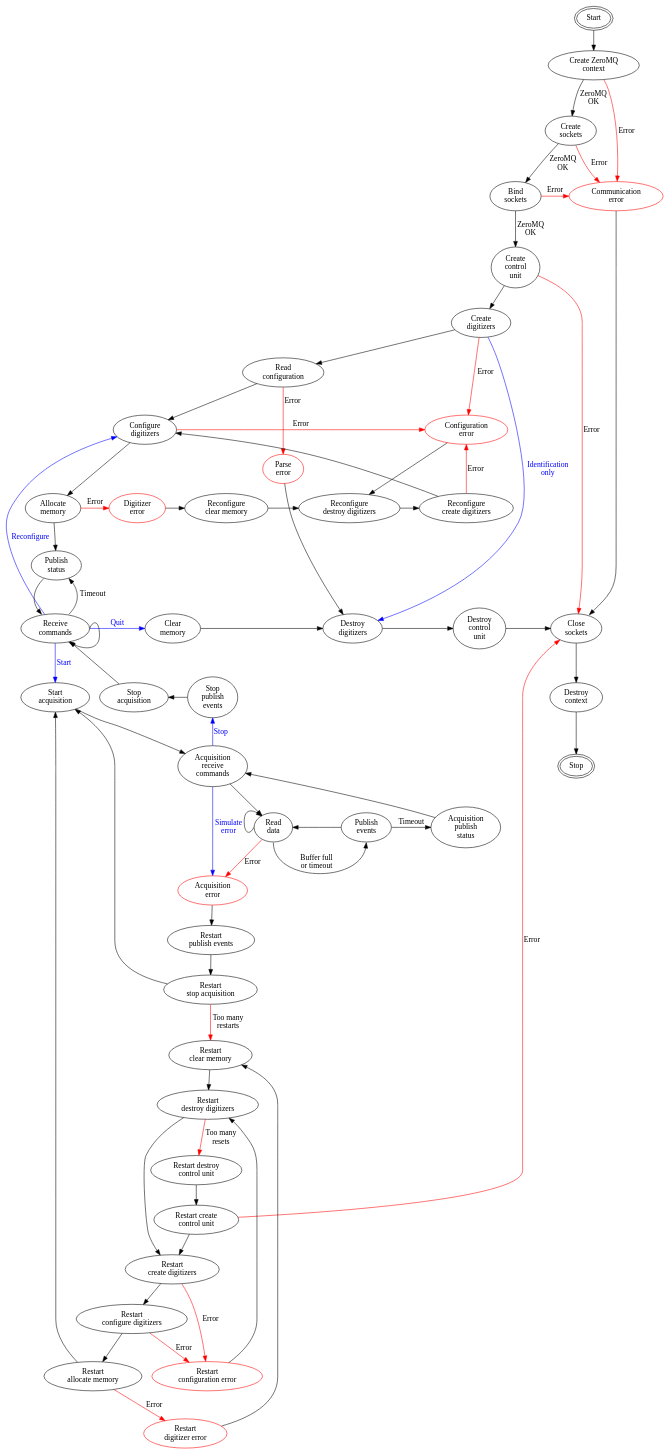
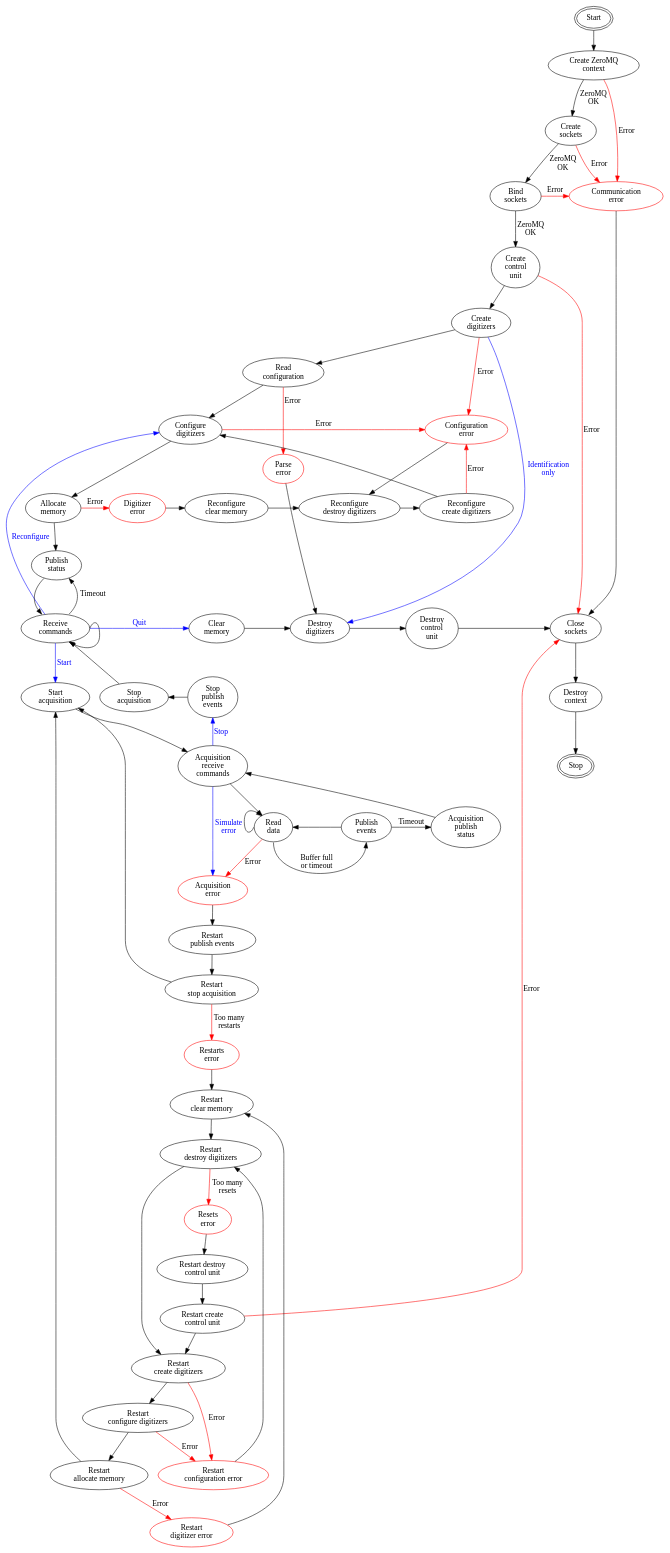
The diagram in doc/absp.dot (ec-jrc/abcd), drawn with Graphviz before and after one commit. The commit also changed 1 other file, not shown here.

```diff
--- a/doc/absp.dot
+++ b/doc/absp.dot
@@ -1,140 +1,144 @@
 digraph D {
     node [fontname = "Linux Biolinum"];
     edge [fontname = "Linux Biolinum"];
 
     start [label = "Start", peripheries = 2];
     create_context [label = "Create ZeroMQ\ncontext"];
     create_sockets [label = "Create\nsockets"];
     bind_sockets [label = "Bind\nsockets"];
     create_control_unit [label = "Create\ncontrol\nunit"];
     read_config [label = "Read\nconfiguration"];
     create_digitizer [label = "Create\ndigitizers"];
     configure_digitizer [label = "Configure\ndigitizers"];
     allocate_memory [label = "Allocate\nmemory"];
     reconfigure_create_digitizer [label = "Reconfigure\ncreate digitizers"];
     reconfigure_clear_memory [label = "Reconfigure\nclear memory"];
     reconfigure_destroy_digitizer [label = "Reconfigure\ndestroy digitizers"];
 
     receive_commands [label = "Receive\ncommands"];
     publish_status [label = "Publish\nstatus"];
     start_acquisition [label = "Start\nacquisition"];
     stop_acquisition [label = "Stop\nacquisition"];
 
     acquisition_receive_commands [label = "Acquisition\nreceive\ncommands"];
     read_data [label = "Read\ndata"];
     publish_events [label = "Publish\nevents"];
     acquisition_publish_status [label = "Acquisition\npublish\nstatus"];
     stop_publish_events [label = "Stop\npublish\nevents"];
 
     restart_publish_events [label = "Restart\npublish events"];
     restart_stop_acquisition [label = "Restart\nstop acquisition"];
     restart_clear_memory [label = "Restart\nclear memory"];
     restart_destroy_digitizer [label = "Restart\ndestroy digitizers"];
     restart_destroy_control_unit [label = "Restart destroy\ncontrol unit"];
     restart_create_control_unit [label = "Restart create\ncontrol unit"];
     restart_create_digitizer [label = "Restart\ncreate digitizers"];
     restart_configure_digitizer [label = "Restart\nconfigure digitizers"];
     restart_allocate_memory [label = "Restart\nallocate memory"];
 
     clear_memory [label = "Clear\nmemory"];
     destroy_digitizer [label = "Destroy\ndigitizers"];
     destroy_control_unit [label = "Destroy\ncontrol\nunit"];
     close_sockets [label = "Close\nsockets"];
     destroy_context [label = "Destroy\ncontext"];
     stop [label = "Stop", peripheries = 2];
 
     communication_error [label = "Communication\nerror", color = "red"];
     parse_error [label = "Parse\nerror", color = "red"];
     digitizer_error [label = "Digitizer\nerror", color = "red"];
     configure_error [label = "Configuration\nerror", color = "red"];
     acquisition_error [label = "Acquisition\nerror", color = "red"];
     restart_configure_error [label = "Restart\nconfiguration error", color = "red"];
     restart_digitizer_error [label = "Restart\ndigitizer error", color = "red"];
+    restarts_error [label = "Restarts\nerror", color = "red"];
+    resets_error [label = "Resets\nerror", color = "red"];
 
     {rank = "source"; start}
     {rank = "same"; bind_sockets communication_error}
     {rank = "same"; configure_digitizer configure_error}
     {rank = "same"; allocate_memory digitizer_error reconfigure_clear_memory reconfigure_destroy_digitizer reconfigure_create_digitizer}
     {rank = "same"; publish_status}
     {rank = "same"; receive_commands clear_memory destroy_digitizer destroy_control_unit close_sockets}
     {rank = "same"; start_acquisition stop_acquisition stop_publish_events}
     {rank = "same"; read_data publish_events acquisition_publish_status}
 
     start -> create_context;
     create_context -> create_sockets [label = "ZeroMQ\nOK"];
     create_sockets -> bind_sockets [label = "ZeroMQ\nOK"];
     bind_sockets -> create_control_unit [label = "ZeroMQ\nOK"];
     create_control_unit -> create_digitizer;
     create_digitizer -> destroy_digitizer [label = "Identification\nonly", color = "blue", fontcolor = "blue"];
     create_digitizer -> read_config;
     read_config -> configure_digitizer;
     configure_digitizer -> allocate_memory;
     allocate_memory -> publish_status;
     reconfigure_clear_memory -> reconfigure_destroy_digitizer;
     reconfigure_destroy_digitizer -> reconfigure_create_digitizer;
     reconfigure_create_digitizer -> configure_digitizer;
     publish_status -> receive_commands [tailport = "sw", headport = "nw"];
     receive_commands -> receive_commands [tailport = "e", headport = "se"];
     receive_commands -> publish_status [label = "Timeout", tailport = "ne", headport = "se"];
     receive_commands -> start_acquisition [label = "Start", color = "blue", fontcolor = "blue"];
     receive_commands -> configure_digitizer [label = "Reconfigure", color = "blue", fontcolor = "blue"];
     receive_commands -> clear_memory [label = "Quit", color = "blue", fontcolor = "blue"];
     start_acquisition -> acquisition_receive_commands;
     acquisition_receive_commands -> read_data;
     acquisition_receive_commands -> stop_publish_events [label = "Stop", color = "blue", weight=8, fontcolor = "blue"];
     acquisition_receive_commands -> acquisition_error [label = "Simulate\nerror", color = "blue", weight=8, fontcolor = "blue"];
     //acquisition_receive_commands -> read_data [tailport = "se", headport = "ne"];
     //acquisition_receive_commands -> poll_digitizer [tailport = "se", headport = "ne"];
     //poll_digitizer -> read_data [label = "Event(s)\navailable"];
     read_data -> publish_events [label = "Buffer full\nor timeout", tailport = "s", headport = "s"];
     read_data -> read_data [tailport = "w", headport = "nw"];
     read_data -> acquisition_error [label = "Error", color = "red"];
     publish_events -> read_data;
     publish_events -> acquisition_publish_status [label = "Timeout"];
     acquisition_publish_status -> acquisition_receive_commands;
     //poll_digitizer -> acquisition_publish_status [label = "No events\navailable"];
     stop_publish_events -> stop_acquisition [weight=8];
     stop_acquisition -> receive_commands;
 
     clear_memory -> destroy_digitizer;
 
     create_context -> communication_error [label = "Error", color = "red"];
     create_sockets -> communication_error [label = "Error", color = "red"];
     bind_sockets -> communication_error [label = "Error", color = "red"];
     communication_error -> close_sockets [headport = "ne"];
     create_control_unit -> close_sockets [label = "Error", color = "red"];
     restart_create_control_unit -> close_sockets [label = "Error", color = "red"];
 
     create_digitizer -> configure_error [label = "Error", color = "red"];
     reconfigure_create_digitizer -> configure_error [label = "Error", color = "red"];
     read_config -> parse_error [label = "Error", color = "red"];
     parse_error -> destroy_digitizer;
     configure_digitizer -> configure_error [label = "Error", color = "red"];
     allocate_memory -> digitizer_error [label = "Error", color = "red"];
     configure_error -> reconfigure_destroy_digitizer;
     digitizer_error -> reconfigure_clear_memory;
 
     acquisition_error -> restart_publish_events;
     restart_publish_events -> restart_stop_acquisition;
     restart_stop_acquisition -> start_acquisition;
-    restart_stop_acquisition -> restart_clear_memory [label = "Too many\nrestarts", color = "red"];
+    restart_stop_acquisition -> restarts_error [label = "Too many\nrestarts", color = "red"];
+    restarts_error -> restart_clear_memory;
     restart_clear_memory -> restart_destroy_digitizer;
     restart_destroy_digitizer -> restart_create_digitizer;
-    restart_destroy_digitizer -> restart_destroy_control_unit [label = "Too many\nresets", color = "red"];
+    restart_destroy_digitizer -> resets_error [label = "Too many\nresets", color = "red"];
+    resets_error -> restart_destroy_control_unit;
     restart_destroy_control_unit -> restart_create_control_unit;
     restart_create_control_unit -> restart_create_digitizer;
     restart_create_digitizer -> restart_configure_digitizer;
     restart_configure_digitizer -> restart_allocate_memory;
     restart_allocate_memory -> start_acquisition;
 
     restart_create_digitizer -> restart_configure_error [label = "Error", color = "red"];
     restart_configure_digitizer -> restart_configure_error [label = "Error", color = "red"];
     restart_allocate_memory -> restart_digitizer_error [label = "Error", color = "red"];
     restart_configure_error -> restart_destroy_digitizer;
     restart_digitizer_error -> restart_clear_memory;
 
     destroy_digitizer -> destroy_control_unit;
     destroy_control_unit -> close_sockets;
     close_sockets -> destroy_context;
     destroy_context -> stop;
 }
```
